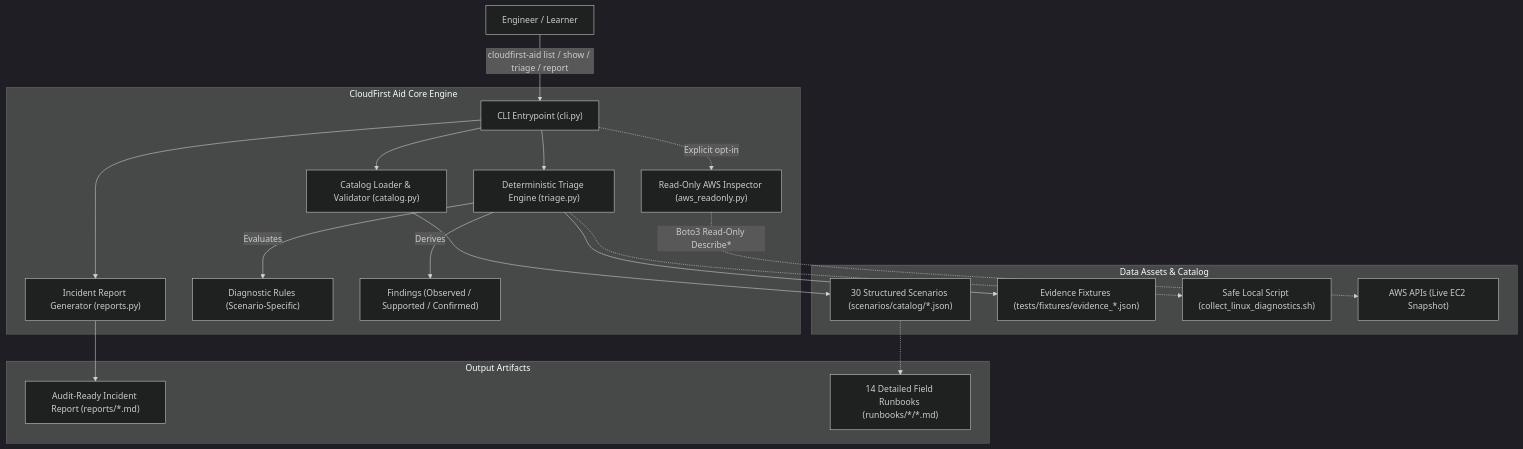
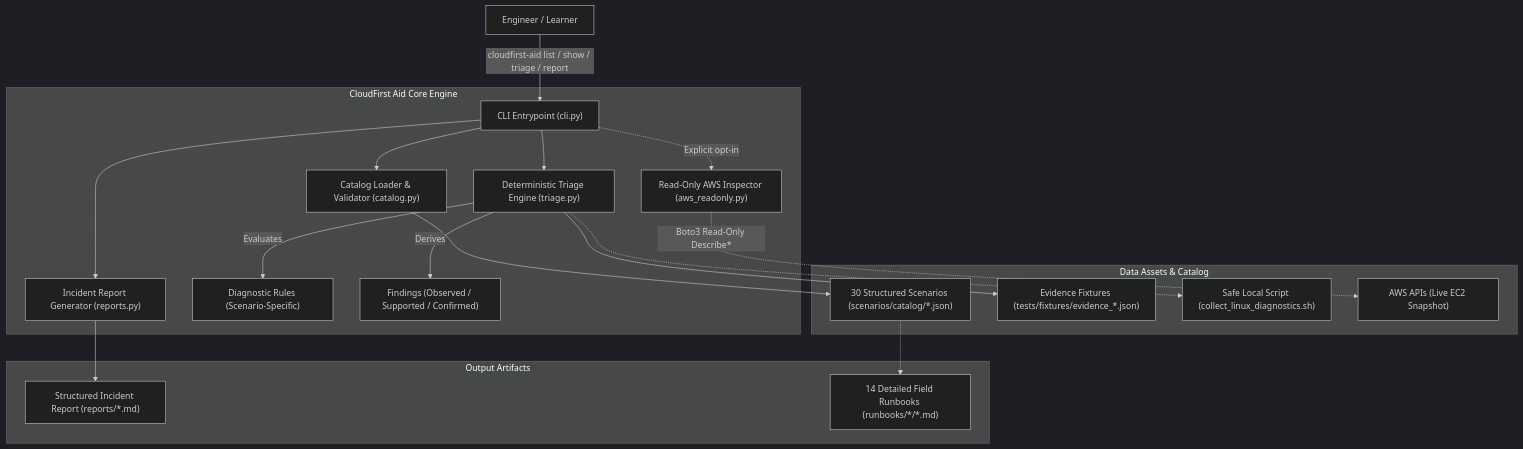
The first of 2 diagrams in README.md (sameerhdevops/cloudfirst-aid), drawn with Mermaid (dark theme) before and after one commit. The commit also changed other lines of this file and 62 other files, not shown here.

````diff
--- a/README.md
+++ b/README.md
@@ -31,26 +31,26 @@
 ```mermaid
 graph TD
     User["Engineer / Learner"] -->|cloudfirst-aid list / show / triage / report| CLI["CLI Entrypoint (cli.py)"]
 
     subgraph CoreEngine["CloudFirst Aid Core Engine"]
         CLI --> CatalogLoader["Catalog Loader & Validator (catalog.py)"]
         CLI --> TriageEngine["Deterministic Triage Engine (triage.py)"]
         CLI --> ReportGen["Incident Report Generator (reports.py)"]
         CLI -.->|Explicit opt-in| AWSInspector["Read-Only AWS Inspector (aws_readonly.py)"]
 
         TriageEngine -->|Evaluates| Rules["Diagnostic Rules (Scenario-Specific)"]
         TriageEngine -->|Derives| Findings["Findings (Observed / Supported / Confirmed)"]
     end
 
     subgraph DataSources["Data Assets & Catalog"]
         CatalogLoader --> CatalogFiles["30 Structured Scenarios (scenarios/catalog/*.json)"]
         TriageEngine --> Fixtures["Evidence Fixtures (tests/fixtures/evidence_*.json)"]
         TriageEngine -.-> LocalCollector["Safe Local Script (collect_linux_diagnostics.sh)"]
         AWSInspector -.->|Boto3 Read-Only Describe*| LiveAWS["AWS APIs (Live EC2 Snapshot)"]
     end
 
     subgraph Outputs["Output Artifacts"]
-        ReportGen --> MarkdownReport["Audit-Ready Incident Report (reports/*.md)"]
+        ReportGen --> MarkdownReport["Structured Incident Report (reports/*.md)"]
         CatalogFiles -.-> Runbooks["14 Detailed Field Runbooks (runbooks/*/*.md)"]
     end
 ```
````
